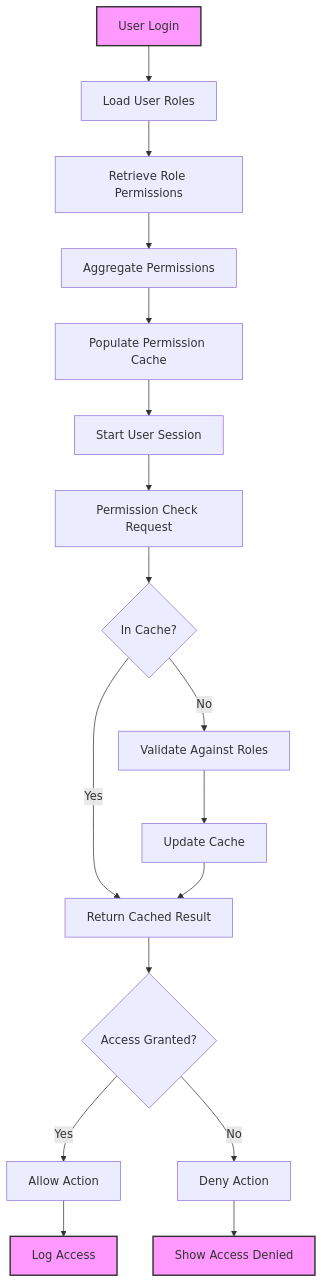
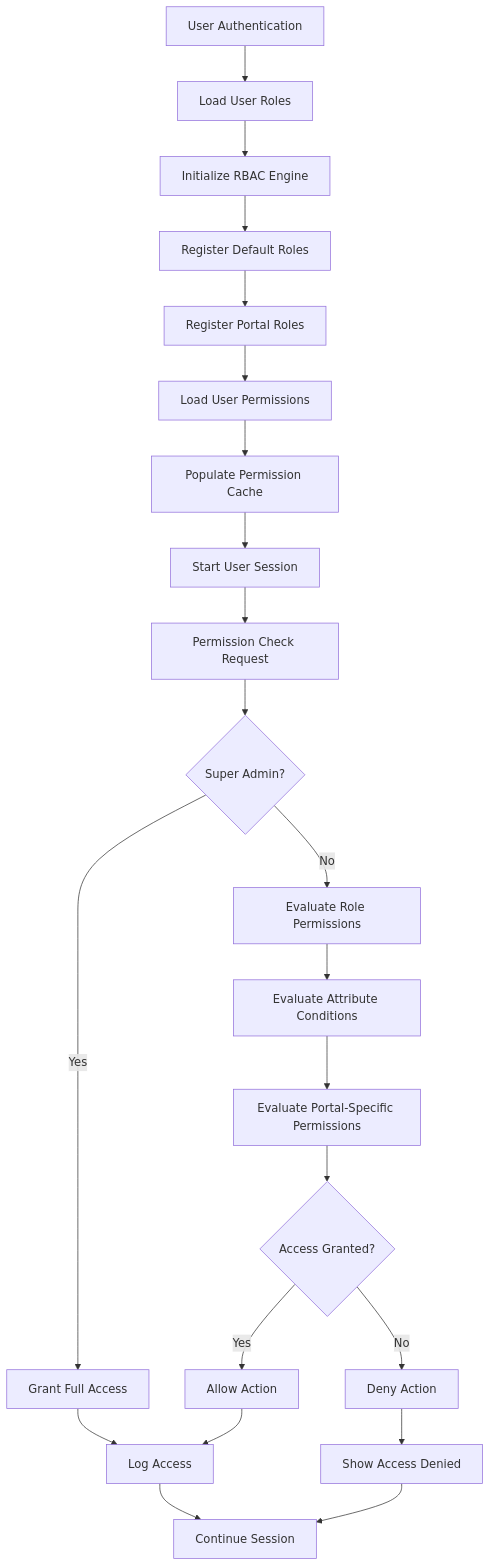
The eighth of 9 diagrams in .qoder/repowiki/en/content/Core Systems/Authentication & Authorization/RBAC Architecture.md (geniusdynamics/schoolpilot), drawn with Mermaid before and after one commit. The commit also changed other lines of this file and 760 other files, not shown here.

````diff
--- a/.qoder/repowiki/en/content/Core Systems/Authentication & Authorization/RBAC Architecture.md
+++ b/.qoder/repowiki/en/content/Core Systems/Authentication & Authorization/RBAC Architecture.md
@@ -439,22 +385,24 @@
 ```mermaid
 flowchart TD
-A[User Login] --> B[Load User Roles]
-B --> C[Retrieve Role Permissions]
-C --> D[Aggregate Permissions]
-D --> E[Populate Permission Cache]
-E --> F[Start User Session]
-F --> G[Permission Check Request]
-G --> H{In Cache?}
-H --> |Yes| I[Return Cached Result]
-H --> |No| J[Validate Against Roles]
-J --> K[Update Cache]
-K --> I
-I --> L{Access Granted?}
-L --> |Yes| M[Allow Action]
-L --> |No| N[Deny Action]
-M --> O[Log Access]
-N --> P[Show Access Denied]
-style A fill:#f9f,stroke:#333,stroke-width:2px
-style O fill:#f9f,stroke:#333,stroke-width:2px
-style P fill:#f9f,stroke:#333,stroke-width:2px
+A[User Authentication] --> B[Load User Roles]
+B --> C[Initialize RBAC Engine]
+C --> D[Register Default Roles]
+D --> E[Register Portal Roles]
+E --> F[Load User Permissions]
+F --> G[Populate Permission Cache]
+G --> H[Start User Session]
+H --> I[Permission Check Request]
+I --> J{Super Admin?}
+J --> |Yes| K[Grant Full Access]
+J --> |No| L[Evaluate Role Permissions]
+L --> M[Evaluate Attribute Conditions]
+M --> N[Evaluate Portal-Specific Permissions]
+N --> O{Access Granted?}
+O --> |Yes| P[Allow Action]
+O --> |No| Q[Deny Action]
+K --> R[Log Access]
+P --> R
+Q --> S[Show Access Denied]
+R --> T[Continue Session]
+S --> T
 ```
````
